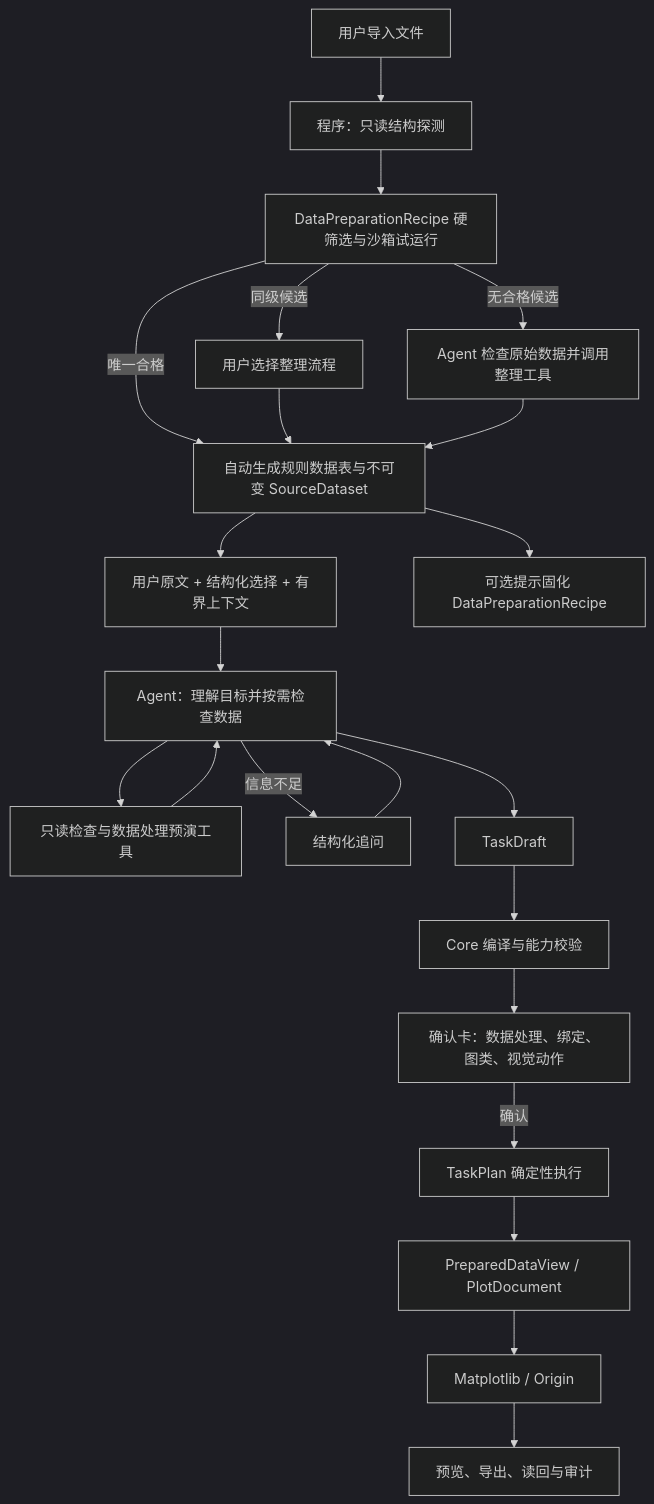
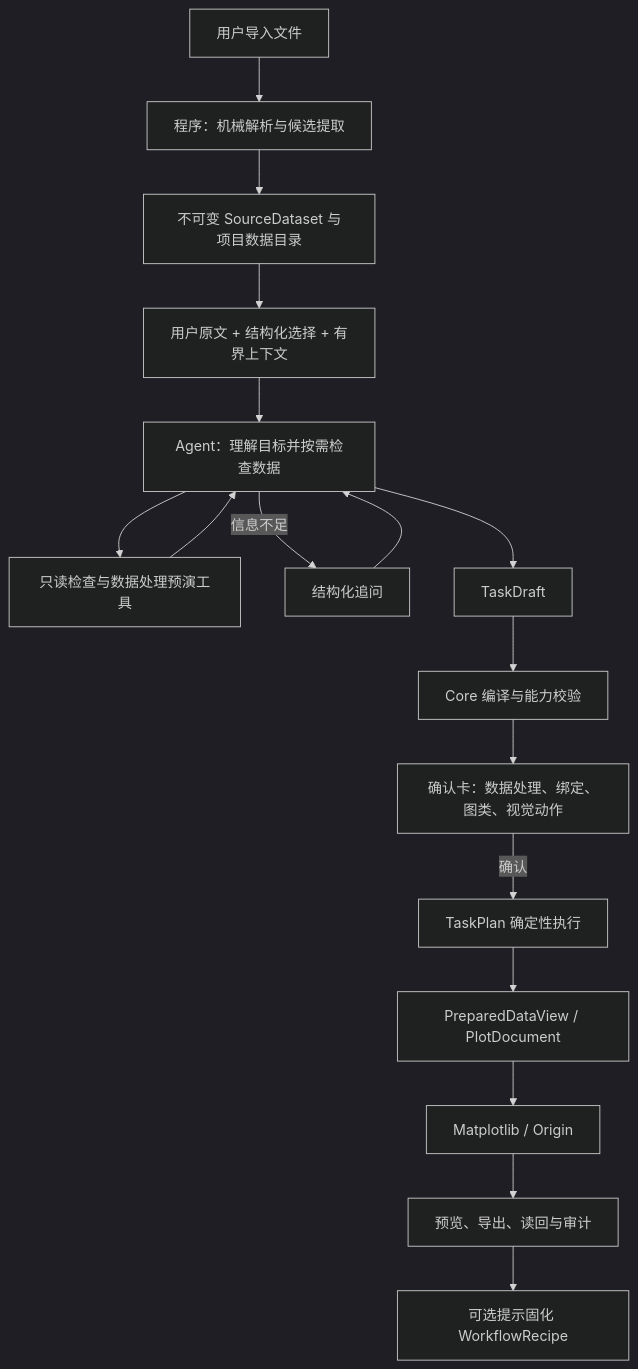
One commit to jike370/PlotAgent changed the diagram in docs/AGENT-ORCHESTRATION-ARCHITECTURE.md. Above: the diagram before and after it, drawn with Mermaid (dark theme). The commit also changed other lines of this file and 68 other files, not shown here.

Commit message:
revert(agent): remove preparation recipe workflow

````diff
--- a/docs/AGENT-ORCHESTRATION-ARCHITECTURE.md
+++ b/docs/AGENT-ORCHESTRATION-ARCHITECTURE.md
@@ -41,24 +41,19 @@
 ```mermaid
 flowchart TD
-    A["用户导入文件"] --> B["程序：只读结构探测"]
-    B --> R["DataPreparationRecipe 硬筛选与沙箱试运行"]
-    R -->|"唯一合格"| C["自动生成规则数据表与不可变 SourceDataset"]
-    R -->|"同级候选"| RS["用户选择整理流程"]
-    RS --> C
-    R -->|"无合格候选"| RA["Agent 检查原始数据并调用整理工具"]
-    RA --> C
+    A["用户导入文件"] --> B["程序：机械解析与候选提取"]
+    B --> C["不可变 SourceDataset 与项目数据目录"]
     C --> D["用户原文 + 结构化选择 + 有界上下文"]
     D --> E["Agent：理解目标并按需检查数据"]
     E --> F["只读检查与数据处理预演工具"]
     F --> E
     E -->|"信息不足"| Q["结构化追问"]
     Q --> E
     E --> G["TaskDraft"]
     G --> H["Core 编译与能力校验"]
     H --> I["确认卡：数据处理、绑定、图类、视觉动作"]
     I -->|"确认"| J["TaskPlan 确定性执行"]
     J --> K["PreparedDataView / PlotDocument"]
     K --> L["Matplotlib / Origin"]
     L --> M["预览、导出、读回与审计"]
-    C --> N["可选提示固化 DataPreparationRecipe"]
+    M --> N["可选提示固化 WorkflowRecipe"]
 ```
````
